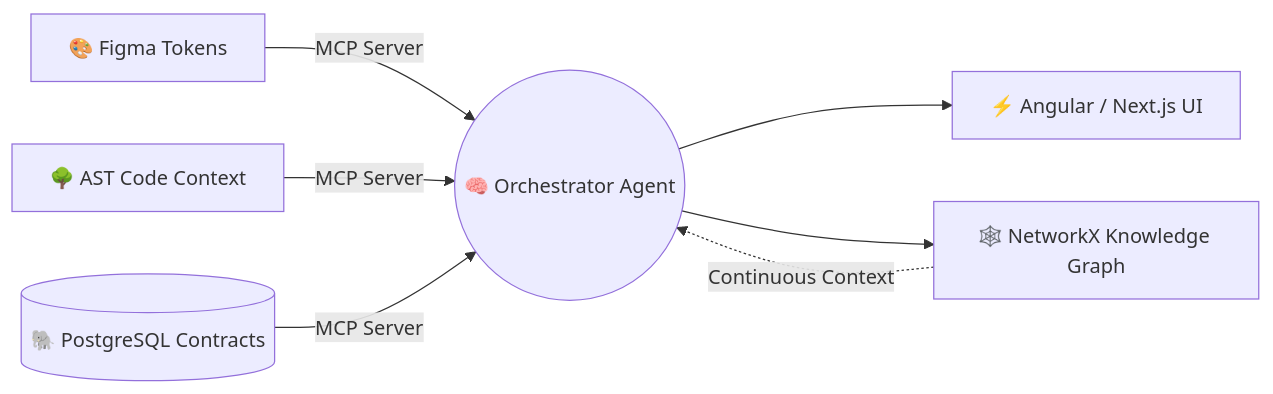
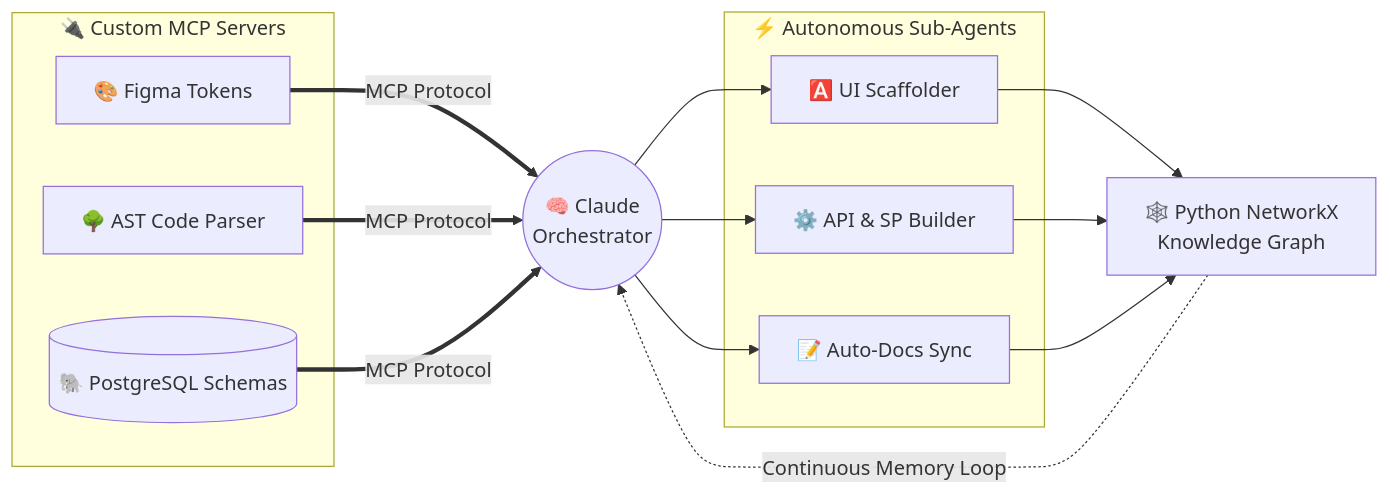
The first of 2 diagrams in README.md (arya512ht/arya512ht), drawn with Mermaid before and after one commit. The commit also changed other lines of this file, not shown here.

````diff
--- a/README.md
+++ b/README.md
@@ -131,9 +186,20 @@
 ```mermaid
 flowchart LR
-    A[🎨 Figma Tokens] -->|MCP Server| D((🧠 Orchestrator Agent))
-    B[🌳 AST Code Context] -->|MCP Server| D
-    C[(🐘 PostgreSQL Contracts)] -->|MCP Server| D
-    D --> E[⚡ Angular / Next.js UI]
-    D --> F[🕸️ NetworkX Knowledge Graph]
-    F -.->|Continuous Context| D
+    subgraph Context["🔌 Custom MCP Servers"]
+        F[🎨 Figma Tokens]
+        A[🌳 AST Code Parser]
+        P[(🐘 PostgreSQL Schemas)]
+    end
+
+    F & A & P ==>|MCP Protocol| O((🧠 Claude\nOrchestrator))
+
+    subgraph Agents["⚡ Autonomous Sub-Agents"]
+        U[🅰️ UI Scaffolder]
+        B[⚙️ API & SP Builder]
+        D[📝 Auto-Docs Sync]
+    end
+
+    O --> U & B & D
+    U & B & D --> G[🕸️ Python NetworkX\nKnowledge Graph]
+    G -.->|Continuous Memory Loop| O
 ```
````
